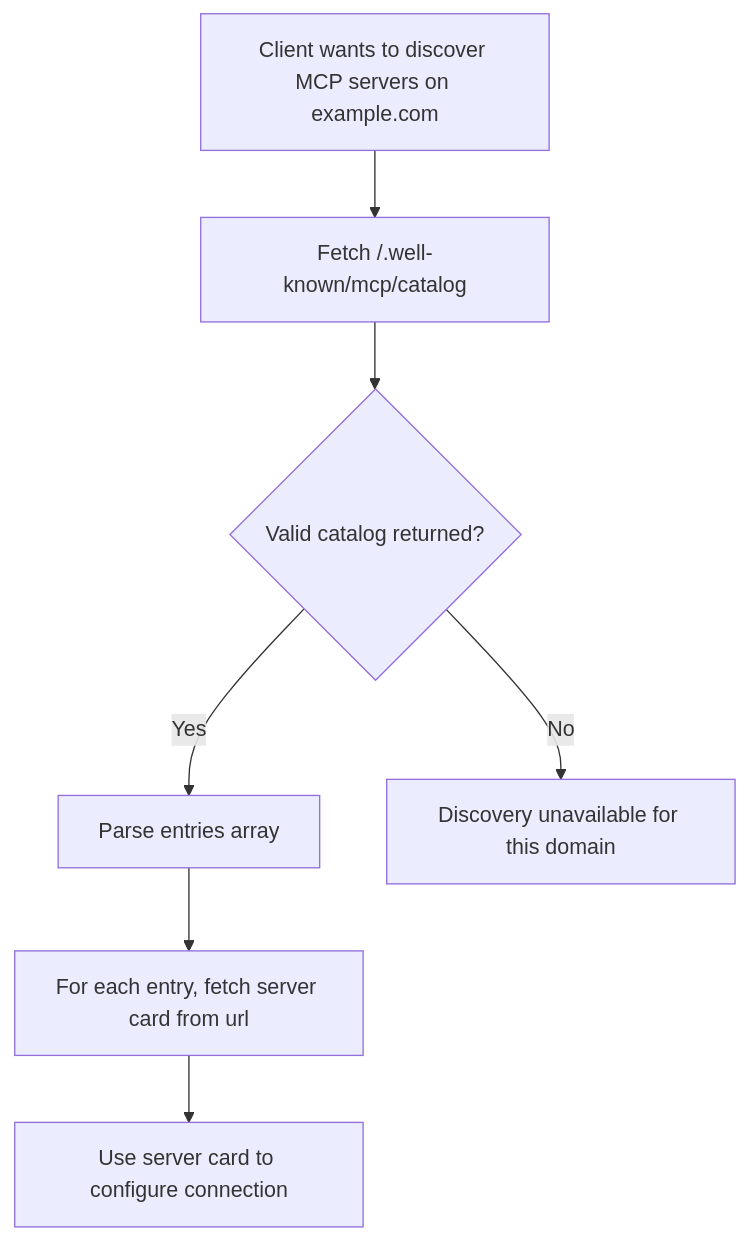
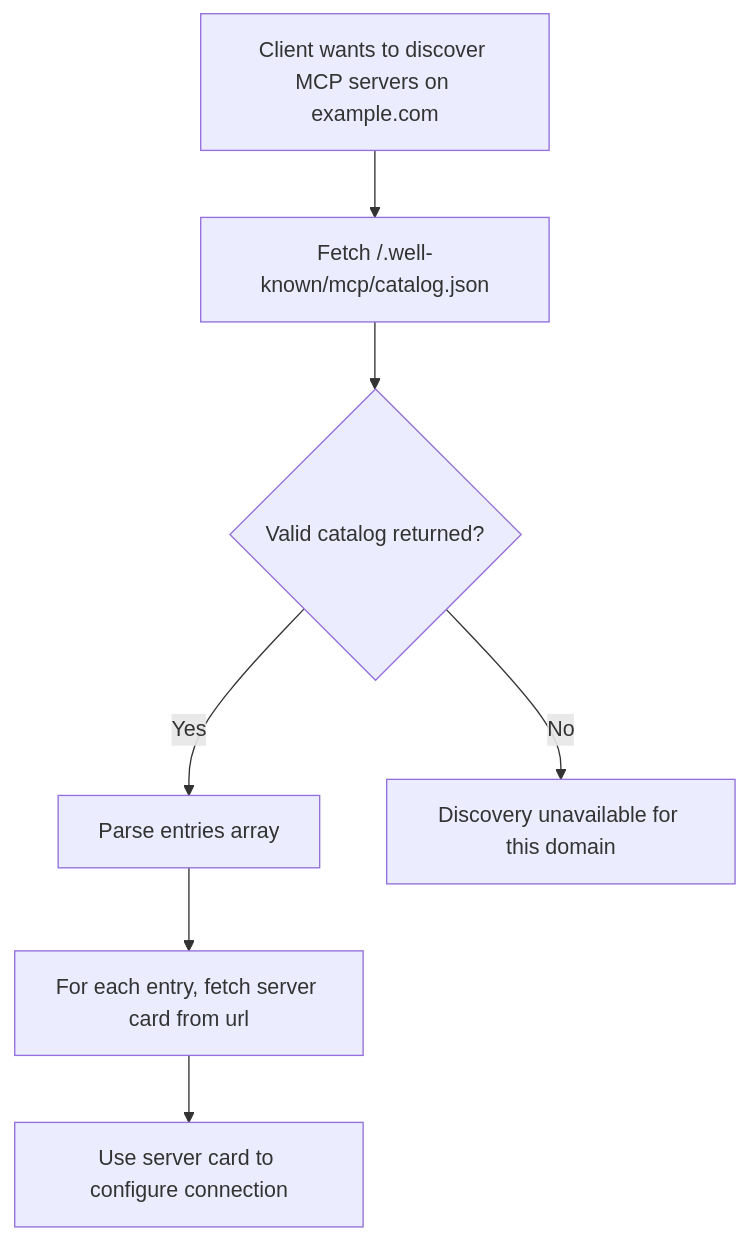
The diagram in docs/specification/draft/basic/discovery.mdx (SamMorrowDrums/modelcontextprotocol), drawn with Mermaid before and after one commit. The commit also changed other lines of this file, not shown here.

First line of the commit message:
fix: address review feedback on MCP Catalog spec

````diff
--- a/docs/specification/draft/basic/discovery.mdx
+++ b/docs/specification/draft/basic/discovery.mdx
@@ -136,9 +120,9 @@
 ```mermaid
 flowchart TD
-    A[Client wants to discover MCP servers on example.com] --> B[Fetch /.well-known/mcp/catalog]
+    A[Client wants to discover MCP servers on example.com] --> B[Fetch /.well-known/mcp/catalog.json]
     B --> C{Valid catalog returned?}
     C -->|Yes| D[Parse entries array]
     C -->|No| E[Discovery unavailable for this domain]
     D --> F[For each entry, fetch server card from url]
     F --> G[Use server card to configure connection]
 ```
````
